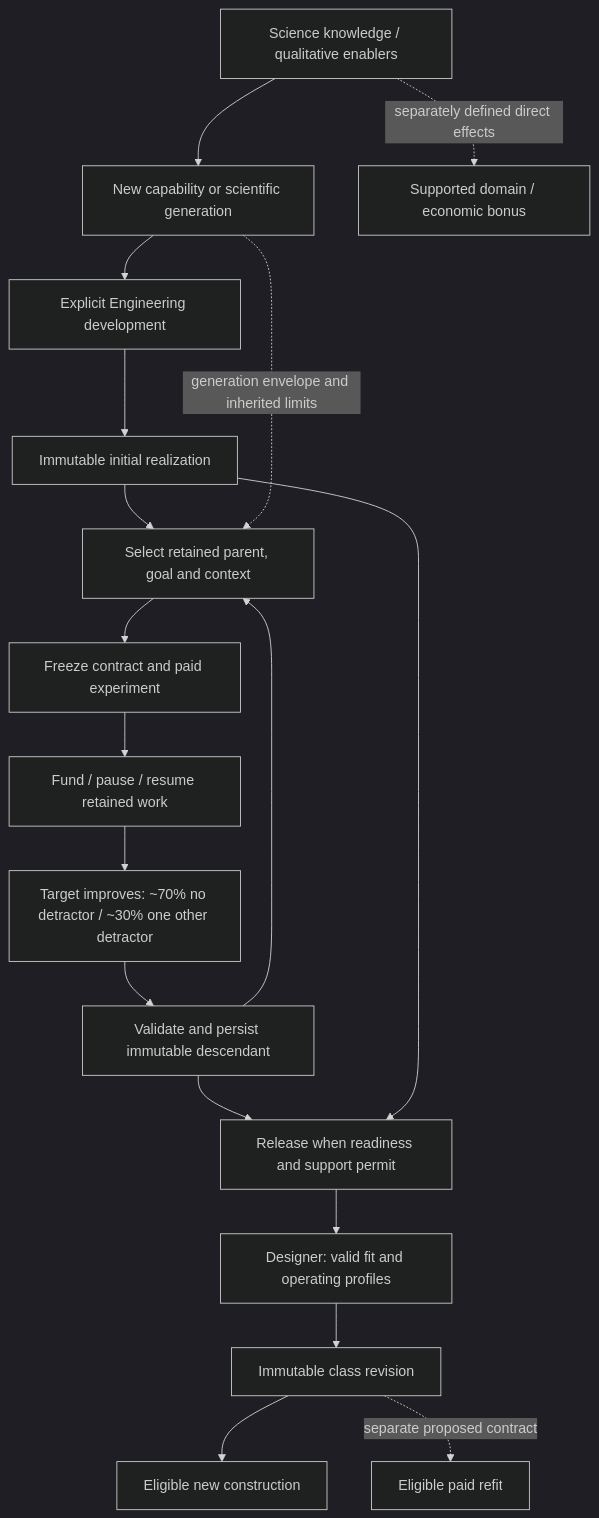
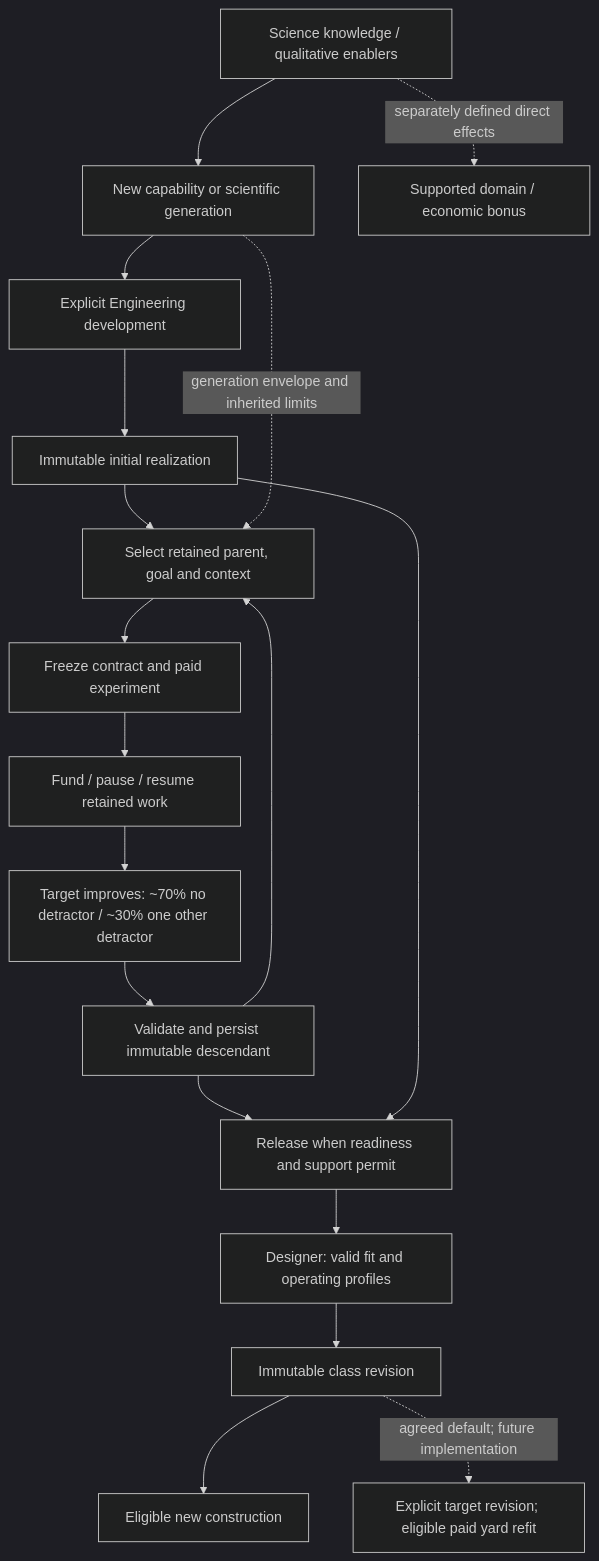
Before and after one commit to AndreBal1983/HobbyDS9: the diagram in docs/design/engineering-tree-model-01.md, drawn with Mermaid (dark theme). The commit also changed other lines of this file and 2 other files, not shown here.

Commit message:
Record independent Engineering branches and yard refit costs

````diff
--- a/docs/design/engineering-tree-model-01.md
+++ b/docs/design/engineering-tree-model-01.md
@@ -42,20 +44,20 @@
 ```mermaid
 flowchart TD
   S["Science knowledge / qualitative enablers"] --> E["New capability or scientific generation"]
   E --> I["Explicit Engineering development"]
   I --> V["Immutable initial realization"]
   V --> G["Select retained parent, goal and context"]
   G --> C["Freeze contract and paid experiment"]
   C --> W["Fund / pause / resume retained work"]
   W --> O["Target improves: ~70% no detractor / ~30% one other detractor"]
   O --> N["Validate and persist immutable descendant"]
   N --> G
   E -. "generation envelope and inherited limits" .-> G
   N --> R["Release when readiness and support permit"]
   V --> R
   R --> D["Designer: valid fit and operating profiles"]
   D --> P["Immutable class revision"]
   P --> B["Eligible new construction"]
-  P -. "separate proposed contract" .-> F["Eligible paid refit"]
+  P -. "agreed default; future implementation" .-> F["Explicit target revision; eligible paid yard refit"]
   S -. "separately defined direct effects" .-> X["Supported domain / economic bonus"]
 ```
````
